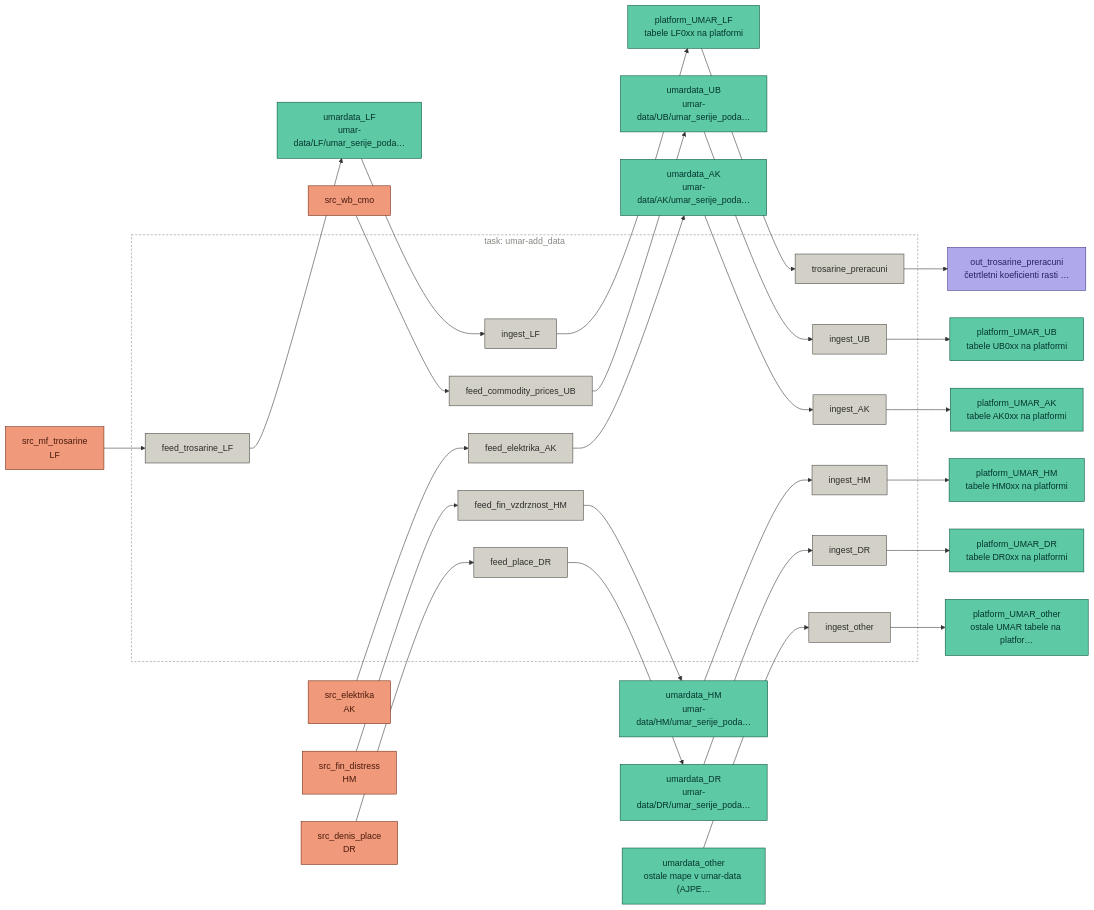
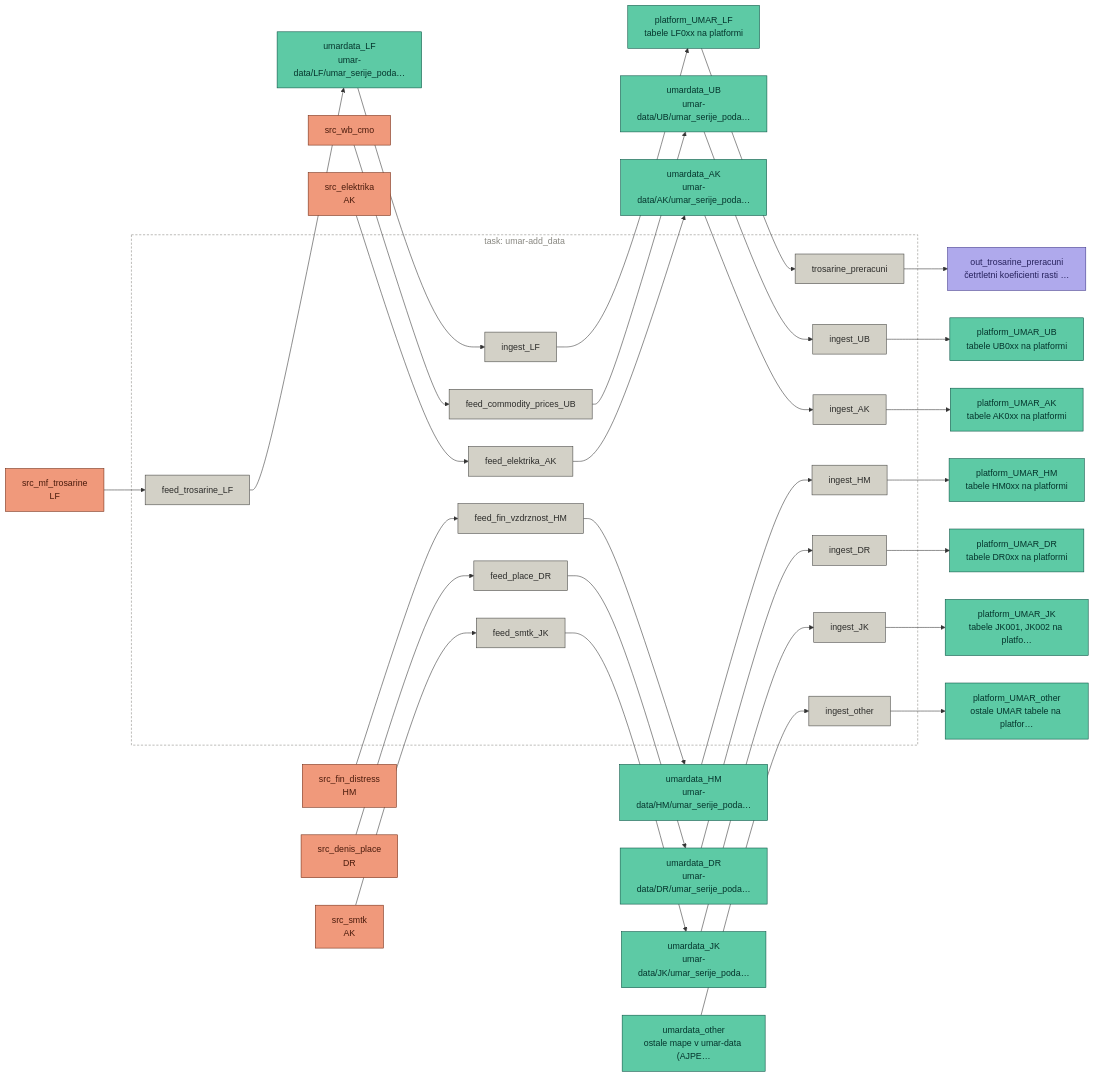
The diagram in docs/pipelines/task-umar-add_data.md (majazaloznik/umar-automation-scripts), drawn with Mermaid before and after one commit. The commit also changed 2 other files, not shown here.

Commit message:
Update pipeline docs

````diff
--- a/docs/pipelines/task-umar-add_data.md
+++ b/docs/pipelines/task-umar-add_data.md
@@ -24,64 +24,73 @@
 ```mermaid
 flowchart LR
   src_wb_cmo["src_wb_cmo"]:::source
   src_elektrika["src_elektrika<br/>AK"]:::source
   src_fin_distress["src_fin_distress<br/>HM"]:::source
   src_denis_place["src_denis_place<br/>DR"]:::source
+  src_smtk["src_smtk<br/>AK"]:::source
   src_mf_trosarine["src_mf_trosarine<br/>LF"]:::source
   platform_UMAR_AK["platform_UMAR_AK<br/>tabele AK0xx na platformi"]:::store
   platform_UMAR_DR["platform_UMAR_DR<br/>tabele DR0xx na platformi"]:::store
   platform_UMAR_HM["platform_UMAR_HM<br/>tabele HM0xx na platformi"]:::store
+  platform_UMAR_JK["platform_UMAR_JK<br/>tabele JK001, JK002 na platfo…"]:::store
   platform_UMAR_LF["platform_UMAR_LF<br/>tabele LF0xx na platformi"]:::store
   platform_UMAR_UB["platform_UMAR_UB<br/>tabele UB0xx na platformi"]:::store
   platform_UMAR_other["platform_UMAR_other<br/>ostale UMAR tabele na platfor…"]:::store
   umardata_AK["umardata_AK<br/>umar-data/AK/umar_serije_poda…"]:::store
   umardata_DR["umardata_DR<br/>umar-data/DR/umar_serije_poda…"]:::store
   umardata_HM["umardata_HM<br/>umar-data/HM/umar_serije_poda…"]:::store
+  umardata_JK["umardata_JK<br/>umar-data/JK/umar_serije_poda…"]:::store
   umardata_LF["umardata_LF<br/>umar-data/LF/umar_serije_poda…"]:::store
   umardata_UB["umardata_UB<br/>umar-data/UB/umar_serije_poda…"]:::store
   umardata_other["umardata_other<br/>ostale mape v umar-data (AJPE…"]:::store
   out_trosarine_preracuni["out_trosarine_preracuni<br/>četrtletni koeficienti rasti …"]:::output
   subgraph task_umar_add_data["task: umar-add_data"]
     feed_commodity_prices_UB["feed_commodity_prices_UB"]:::step
     feed_elektrika_AK["feed_elektrika_AK"]:::step
     feed_fin_vzdrznost_HM["feed_fin_vzdrznost_HM"]:::step
     feed_place_DR["feed_place_DR"]:::step
+    feed_smtk_JK["feed_smtk_JK"]:::step
     feed_trosarine_LF["feed_trosarine_LF"]:::step
     ingest_AK["ingest_AK"]:::step
     ingest_DR["ingest_DR"]:::step
     ingest_HM["ingest_HM"]:::step
+    ingest_JK["ingest_JK"]:::step
     ingest_LF["ingest_LF"]:::step
     ingest_UB["ingest_UB"]:::step
     ingest_other["ingest_other"]:::step
     trosarine_preracuni["trosarine_preracuni"]:::step
   end
   style task_umar_add_data fill:none,stroke:#888780,stroke-dasharray:4 3,color:#888780
   src_wb_cmo --> feed_commodity_prices_UB
   feed_commodity_prices_UB --> umardata_UB
   src_elektrika --> feed_elektrika_AK
   feed_elektrika_AK --> umardata_AK
   src_fin_distress --> feed_fin_vzdrznost_HM
   feed_fin_vzdrznost_HM --> umardata_HM
   src_denis_place --> feed_place_DR
   feed_place_DR --> umardata_DR
+  src_smtk --> feed_smtk_JK
+  feed_smtk_JK --> umardata_JK
   src_mf_trosarine --> feed_trosarine_LF
   feed_trosarine_LF --> umardata_LF
   umardata_AK --> ingest_AK
   ingest_AK --> platform_UMAR_AK
   umardata_DR --> ingest_DR
   ingest_DR --> platform_UMAR_DR
   umardata_HM --> ingest_HM
   ingest_HM --> platform_UMAR_HM
+  umardata_JK --> ingest_JK
+  ingest_JK --> platform_UMAR_JK
   umardata_LF --> ingest_LF
   ingest_LF --> platform_UMAR_LF
   umardata_UB --> ingest_UB
   ingest_UB --> platform_UMAR_UB
   umardata_other --> ingest_other
   ingest_other --> platform_UMAR_other
   platform_UMAR_LF --> trosarine_preracuni
   trosarine_preracuni --> out_trosarine_preracuni
   classDef source fill:#F0997B,stroke:#712B13,color:#4A1B0C,stroke-width:1px
   classDef step fill:#D3D1C7,stroke:#444441,color:#2C2C2A,stroke-width:1px
   classDef store fill:#5DCAA5,stroke:#085041,color:#04342C,stroke-width:1px
   classDef output fill:#AFA9EC,stroke:#3C3489,color:#26215C,stroke-width:1px
 ```
````
